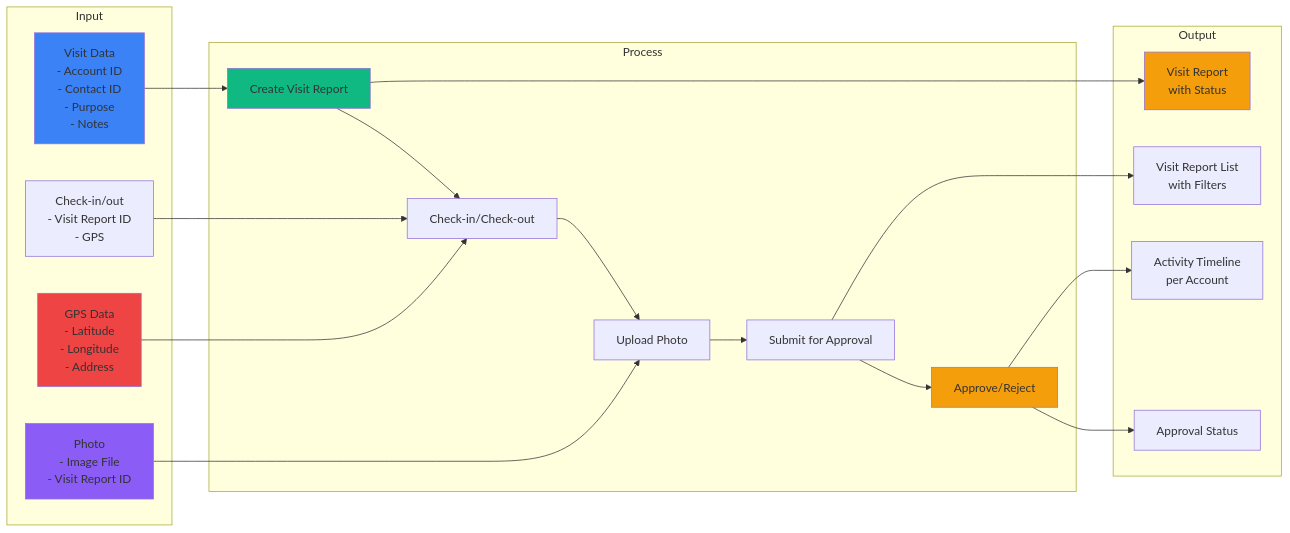
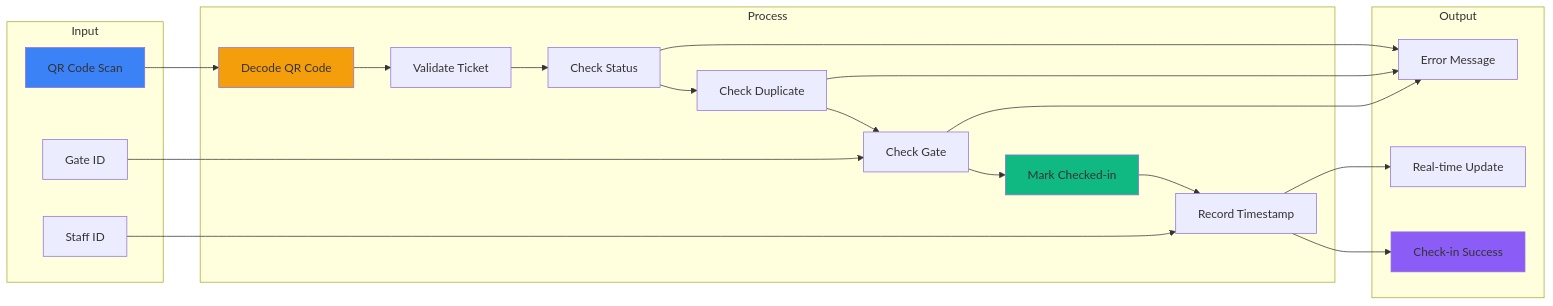
One commit to Gilabs-Studio/webapp-ticket-konser changed the eighth of 13 diagrams in docs/PROJECT_DIAGRAMS.md. Above: the diagram before and after it, drawn with Mermaid. The commit also changed other lines of this file and 8 other files, not shown here.

````diff
--- a/docs/PROJECT_DIAGRAMS.md
+++ b/docs/PROJECT_DIAGRAMS.md
@@ -399,46 +340,44 @@
 ```mermaid
 graph LR
     subgraph "Input"
-        I1[Visit Data<br/>- Account ID<br/>- Contact ID<br/>- Purpose<br/>- Notes]
-        I2[GPS Data<br/>- Latitude<br/>- Longitude<br/>- Address]
-        I3[Photo<br/>- Image File<br/>- Visit Report ID]
-        I4[Check-in/out<br/>- Visit Report ID<br/>- GPS]
+        I1[QR Code Scan]
+        I2[Gate ID]
+        I3[Staff ID]
     end
     
     subgraph "Process"
-        P1[Create Visit Report]
-        P2[Check-in/Check-out]
-        P3[Upload Photo]
-        P4[Submit for Approval]
-        P5[Approve/Reject]
+        P1[Decode QR Code]
+        P2[Validate Ticket]
+        P3[Check Status]
+        P4[Check Duplicate]
+        P5[Check Gate]
+        P6[Mark Checked-in]
+        P7[Record Timestamp]
     end
     
     subgraph "Output"
-        O1[Visit Report<br/>with Status]
-        O2[Visit Report List<br/>with Filters]
-        O3[Activity Timeline<br/>per Account]
-        O4[Approval Status]
+        O1[Check-in Success]
+        O2[Real-time Update]
+        O3[Error Message]
     end
     
     I1 --> P1
-    I2 --> P2
-    I3 --> P3
-    I4 --> P2
-    
+    I2 --> P5
+    I3 --> P7
     P1 --> P2
     P2 --> P3
     P3 --> P4
     P4 --> P5
-    
-    P1 --> O1
-    P4 --> O2
+    P5 --> P6
+    P6 --> P7
+    P7 --> O1
+    P7 --> O2
+    P3 --> O3
+    P4 --> O3
     P5 --> O3
-    P5 --> O4
     
     style I1 fill:#3b82f6
-    style I2 fill:#ef4444
-    style I3 fill:#8b5cf6
-    style P1 fill:#10b981
-    style P5 fill:#f59e0b
-    style O1 fill:#f59e0b
+    style P1 fill:#f59e0b
+    style P6 fill:#10b981
+    style O1 fill:#8b5cf6
 ```
````
